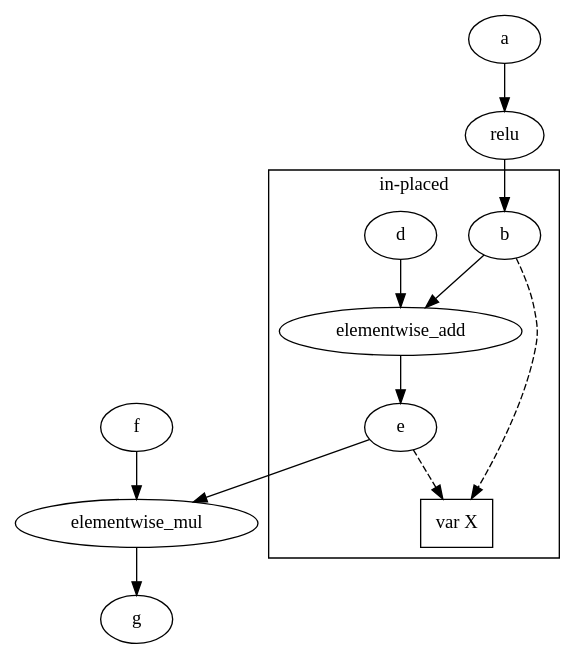
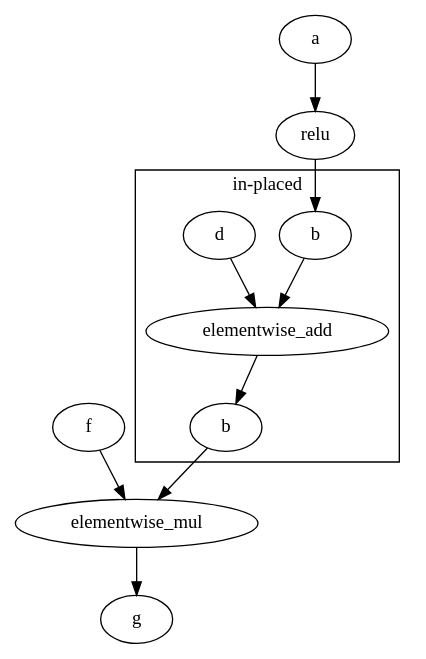
The diagram in doc/fluid/design/mkldnn/inplace/scripts/inplace.dot (PaddlePaddle/docs), drawn with Graphviz before and after one commit. The commit also changed 1 other file, not shown here.

Commit message:
Fix to inplace figure

```diff
--- a/doc/fluid/design/mkldnn/inplace/scripts/inplace.dot
+++ b/doc/fluid/design/mkldnn/inplace/scripts/inplace.dot
@@ -1,26 +1,23 @@
 digraph G {
   overlap=false
   e1[label="relu"]
   e2[label="elementwise_add"]
   e3[label="elementwise_mul"]
   
   a -> e1
   e1 -> b
   b[label="b"]
-  e[label="e"]
+  e[label="b"]
   
   subgraph cluster_0 {
       label="in-placed"
   b -> e2
   d -> e2
   e2 -> e
-  var[label="var X",shape=rectangle]
   }
   
-  b -> var[style=dashed]
-  e -> var[style=dashed]
   
   e -> e3
   f -> e3 -> g
   
 }
```
